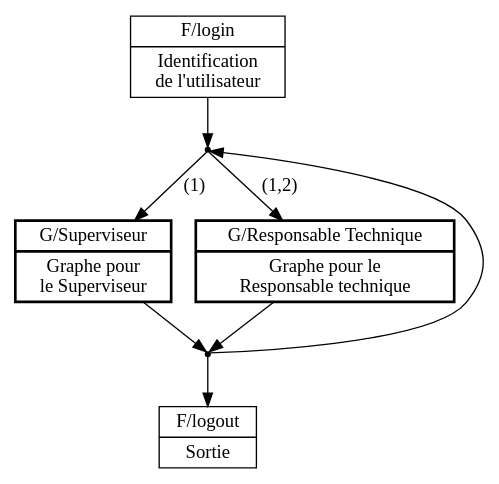
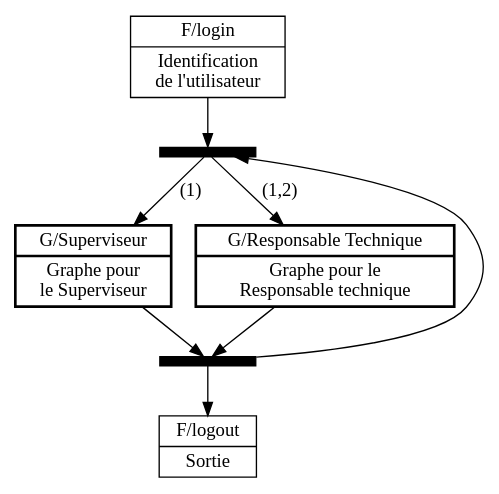
Before and after one commit to modSquad/ihm: the diagram in DEF/src/img/DEF.dot, drawn with Graphviz. The commit also changed 9 other files, not shown here.

```diff
--- a/DEF/src/img/DEF.dot
+++ b/DEF/src/img/DEF.dot
@@ -1,50 +1,62 @@
 digraph {
 	
 	fontname = "Bitstream Vera Sans"
 		
 	node [
 		fontname = "Bitstream Vera Sans"
 		shape = "record"
 	]
 	
 	edge [
 		fontname = "Bitstream Vera Sans"
 	]
 	
 	login [
 		label = "{F/login|Identification\nde l'utilisateur}"
 	]
 	
 	logout [
 		label = "{F/logout|Sortie}"
 	]
 	
 	Superviseur [
 		label = "{G/Superviseur|Graphe pour\nle Superviseur}"
 		penwidth = 2.0
 	]
 	
 	RespTechnique [
 		label = "{G/Responsable Technique|Graphe pour le\nResponsable technique}"
 		penwidth = 2.0
 	]
 
 	up [
-		shape = "point"
+		label = ""
+		shape = rectangle
+		style = filled
+		fillcolor = "#000000"
+		fixedsize = true
+		width = 1
+		height = 0.1
 	]
 
 	down [
-		shape = "point"
+		label = ""
+		shape = rectangle
+		style = filled
+		fillcolor = "#000000"
+		fixedsize = true
+		width = 1
+		height = 0.1
 	]
 	
 	login -> up
 	
 	up -> Superviseur [ label = "(1)" ]
 	up -> RespTechnique [ label = "(1,2)" ]
 	
 	Superviseur -> down
 	RespTechnique -> down
 	
 	down -> logout
 	down -> up [ constraint = False ]
 }
```
